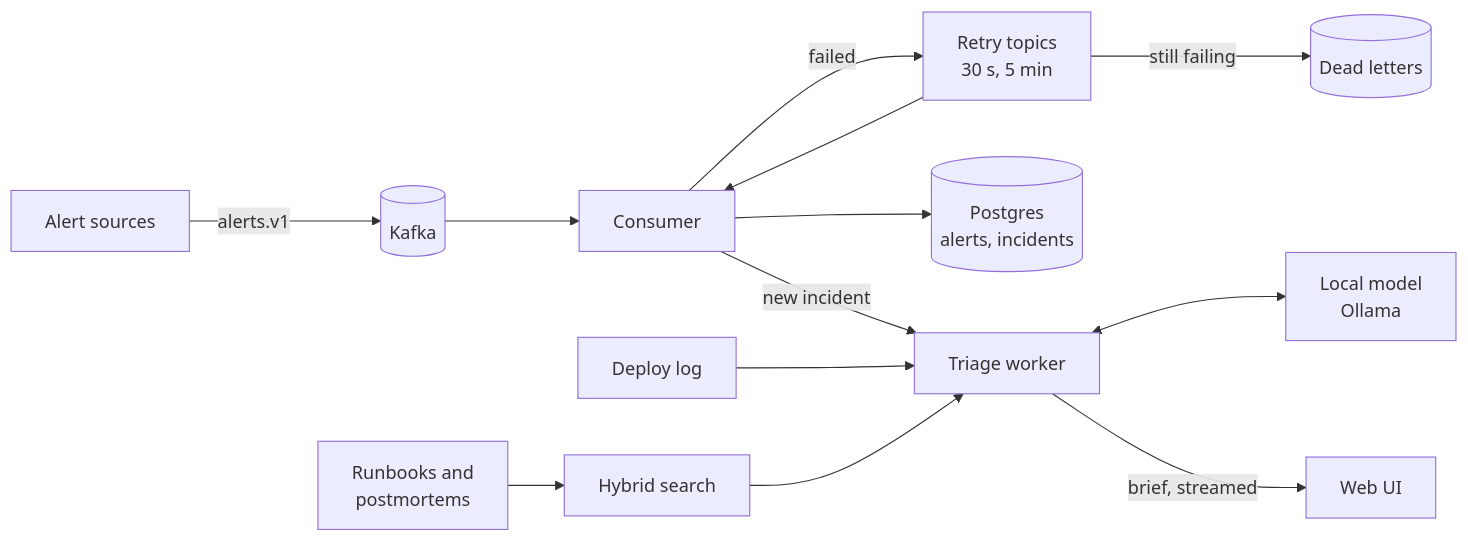
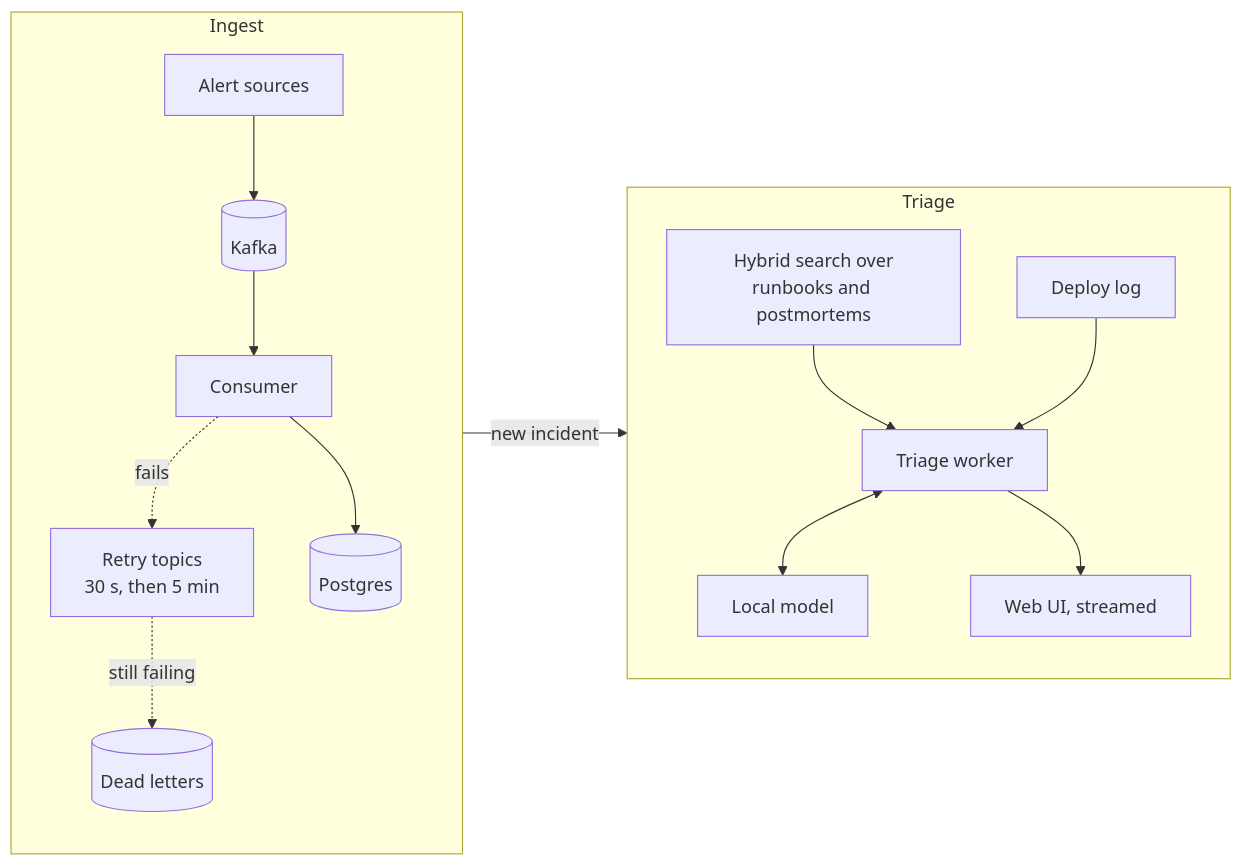
One commit to Abuubkar/pagerwise changed the diagram in README.md. Above: the diagram before and after it, drawn with Mermaid.

Commit message:
docs(readme): a narrower architecture diagram

````diff
--- a/README.md
+++ b/README.md
@@ -118,14 +118,19 @@
 ```mermaid
 flowchart LR
-    sim[Alert sources] -->|alerts.v1| kafka[(Kafka)]
-    kafka --> consumer[Consumer]
-    consumer -->|failed| retry[Retry topics<br/>30 s, 5 min] --> consumer
-    retry -->|still failing| dlq[(Dead letters)]
-    consumer --> pg[(Postgres<br/>alerts, incidents)]
-    consumer -->|new incident| worker[Triage worker]
-    docs[Runbooks and<br/>postmortems] --> search[Hybrid search]
-    deploys[Deploy log] --> worker
-    search --> worker
-    worker <--> llm[Local model<br/>Ollama]
-    worker -->|brief, streamed| ui[Web UI]
+    subgraph ingest [Ingest]
+        direction TB
+        alerts[Alert sources] --> kafka[(Kafka)]
+        kafka --> consumer[Consumer]
+        consumer -. fails .-> retry[Retry topics<br/>30 s, then 5 min]
+        retry -. still failing .-> dlq[(Dead letters)]
+        consumer --> pg[(Postgres)]
+    end
+    subgraph triage [Triage]
+        direction TB
+        docs[Hybrid search over<br/>runbooks and postmortems] --> worker[Triage worker]
+        deploys[Deploy log] --> worker
+        worker <--> llm[Local model]
+        worker --> ui[Web UI, streamed]
+    end
+    consumer -- new incident --> worker
 ```
````
